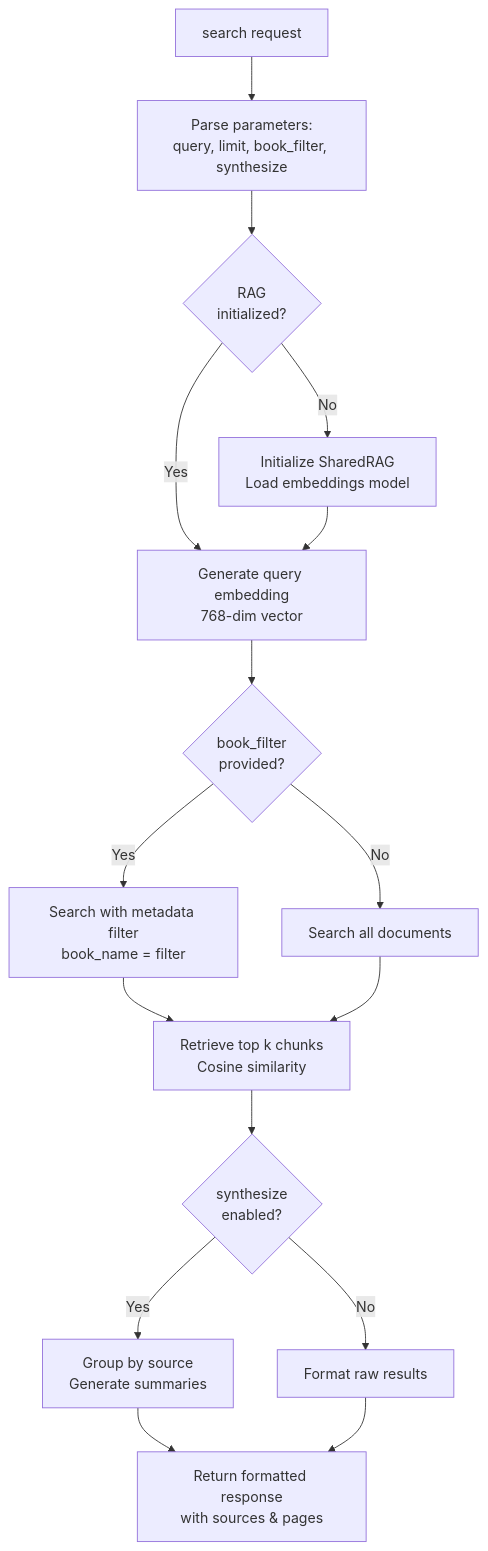
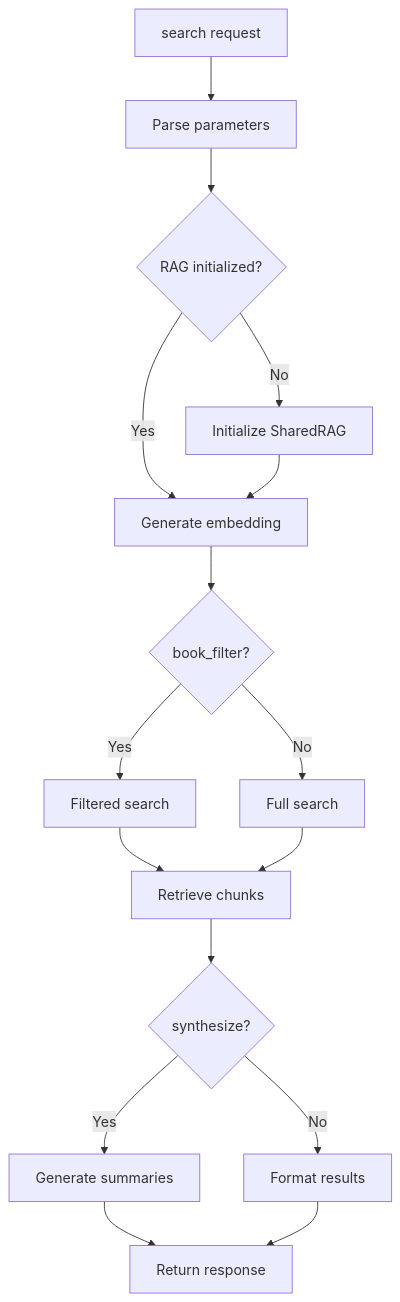
The fifth of 22 diagrams in docs/ARCHITECTURE.md (hpoliset/PersonalDocLibraryRAGMCP), drawn with Mermaid before and after one commit. The commit also changed other lines of this file and 2 other files, not shown here.

First line of the commit message:
Update documentation with upgrade instructions and fix architecture diagrams

````diff
--- a/docs/ARCHITECTURE.md
+++ b/docs/ARCHITECTURE.md
@@ -207,18 +163,32 @@
 ```mermaid
-flowchart TD
-    START[search request] --> PARAMS[Parse parameters:<br/>query, limit, book_filter, synthesize]
-    PARAMS --> INIT_CHECK{RAG<br/>initialized?}
-    INIT_CHECK -->|No| INIT_RAG[Initialize SharedRAG<br/>Load embeddings model]
+graph TD
+    START[search request]
+    PARAMS[Parse parameters]
+    INIT_CHECK{RAG initialized?}
+    INIT_RAG[Initialize SharedRAG]
+    EMBED[Generate embedding]
+    FILTER{book_filter?}
+    FILTERED_SEARCH[Filtered search]
+    FULL_SEARCH[Full search]
+    RETRIEVE[Retrieve chunks]
+    SYNTH_CHECK{synthesize?}
+    SYNTHESIZE[Generate summaries]
+    FORMAT[Format results]
+    RESPONSE[Return response]
+
+    START --> PARAMS
+    PARAMS --> INIT_CHECK
+    INIT_CHECK -->|No| INIT_RAG
     INIT_CHECK -->|Yes| EMBED
-    INIT_RAG --> EMBED[Generate query embedding<br/>768-dim vector]
-    EMBED --> FILTER{book_filter<br/>provided?}
-    FILTER -->|Yes| FILTERED_SEARCH[Search with metadata filter<br/>book_name = filter]
-    FILTER -->|No| FULL_SEARCH[Search all documents]
-    FILTERED_SEARCH --> RETRIEVE[Retrieve top k chunks<br/>Cosine similarity]
+    INIT_RAG --> EMBED
+    EMBED --> FILTER
+    FILTER -->|Yes| FILTERED_SEARCH
+    FILTER -->|No| FULL_SEARCH
+    FILTERED_SEARCH --> RETRIEVE
     FULL_SEARCH --> RETRIEVE
-    RETRIEVE --> SYNTH_CHECK{synthesize<br/>enabled?}
-    SYNTH_CHECK -->|Yes| SYNTHESIZE[Group by source<br/>Generate summaries]
-    SYNTH_CHECK -->|No| FORMAT[Format raw results]
-    SYNTHESIZE --> RESPONSE[Return formatted response<br/>with sources & pages]
+    RETRIEVE --> SYNTH_CHECK
+    SYNTH_CHECK -->|Yes| SYNTHESIZE
+    SYNTH_CHECK -->|No| FORMAT
+    SYNTHESIZE --> RESPONSE
     FORMAT --> RESPONSE
 ```
````
